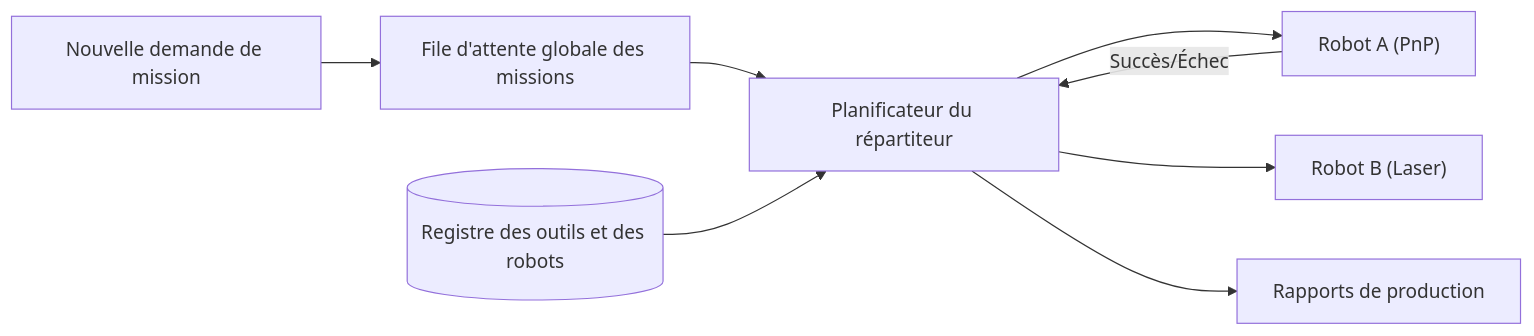
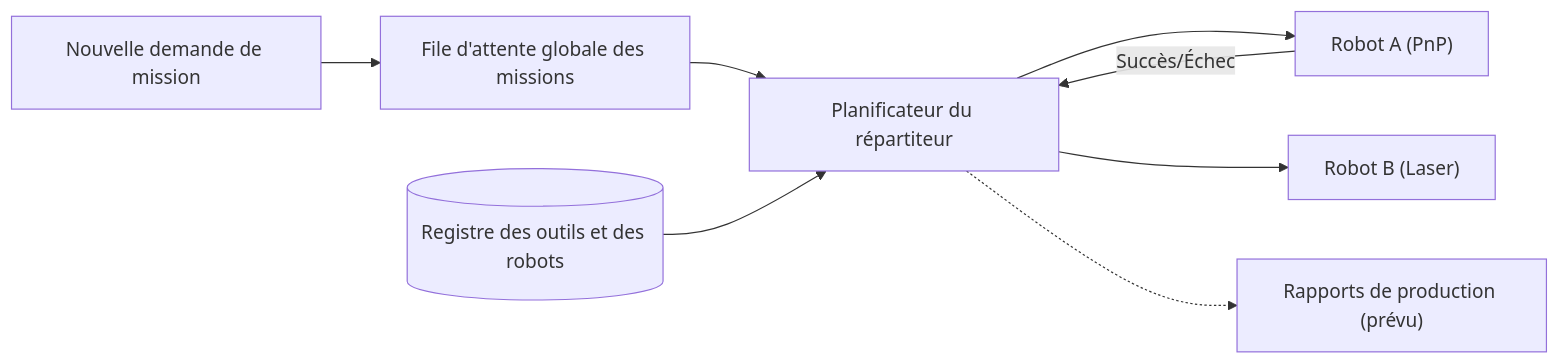
Before and after one commit to JuanenRac/HYDRA-UMC-JOB-DISPATCHER: the diagram in README_fra.md, drawn with Mermaid. The commit also changed other lines of this file and 20 other files, not shown here.

````diff
--- a/README_fra.md
+++ b/README_fra.md
@@ -41,10 +41,10 @@
 ```mermaid
 flowchart LR
     REQ["Nouvelle demande de mission"] --> Q["File d'attente globale des missions"]
     Q --> SCHED["Planificateur du répartiteur"]
     DB[("Registre des outils et des robots")] --> SCHED
     SCHED --> R1["Robot A (PnP)"]
     SCHED --> R2["Robot B (Laser)"]
     R1 -- Succès/Échec --> SCHED
-    SCHED --> LOG["Rapports de production"]
+    SCHED -.-> LOG["Rapports de production (prévu)"]
 ```
````
